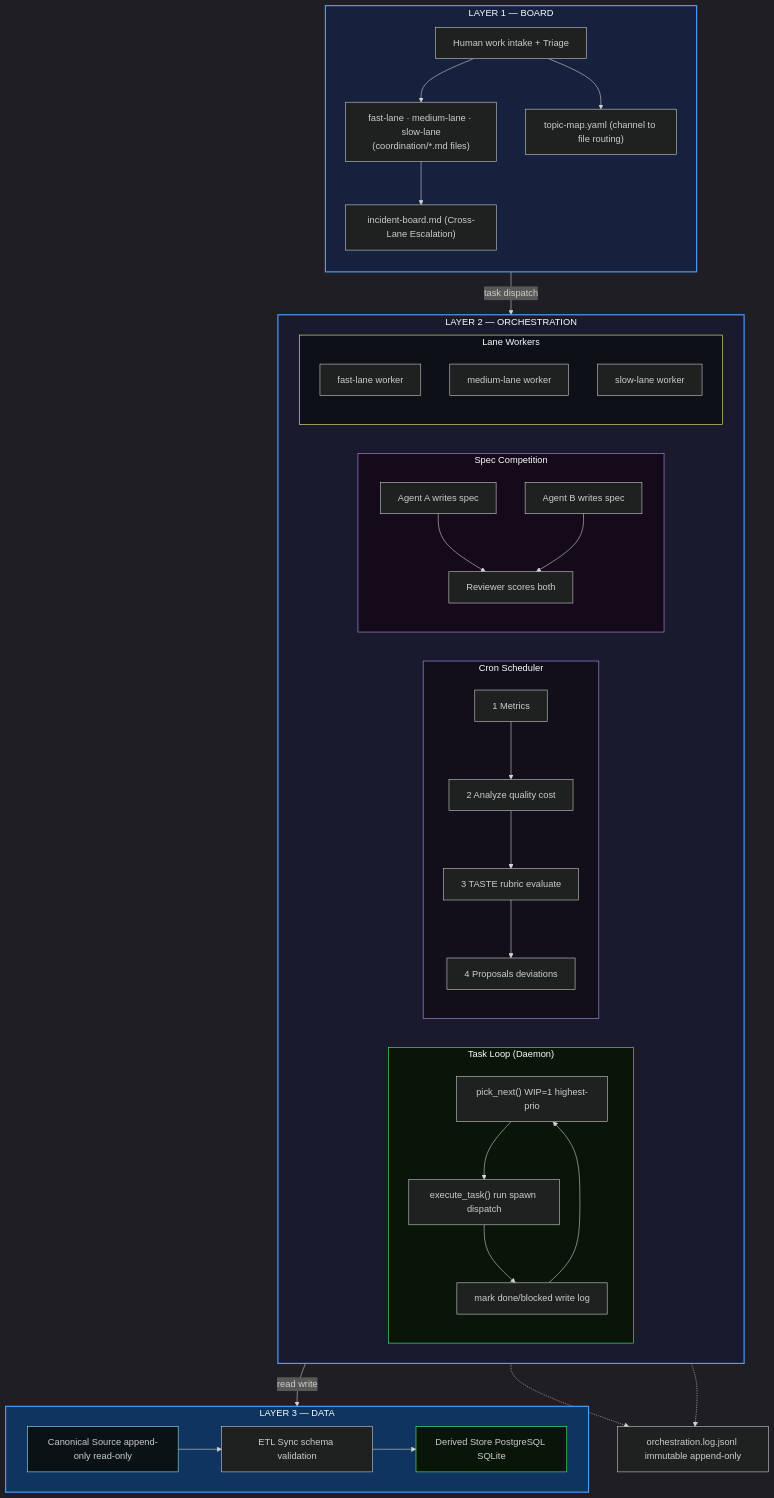
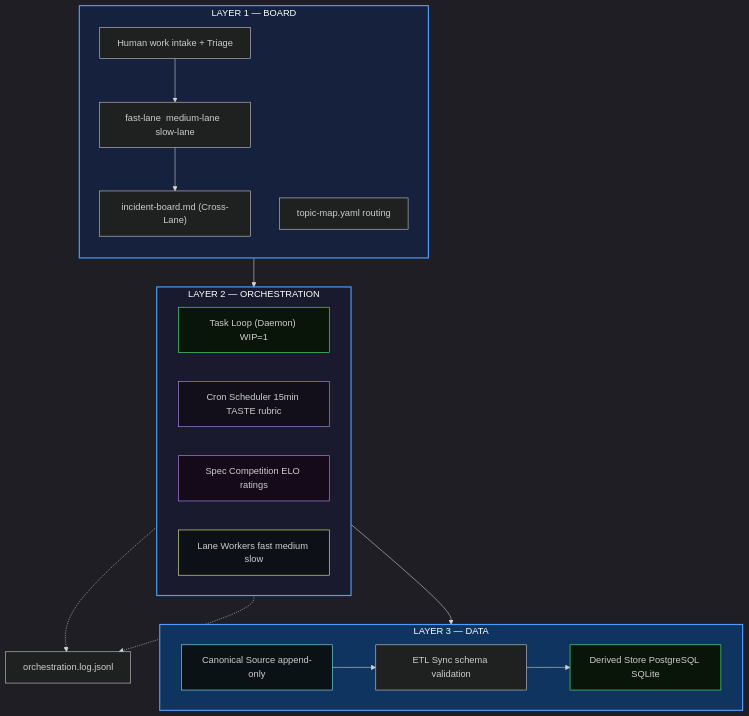
The diagram in diagrams/ARCHITECTURE.mmd (mmartoccia/ghost-orchestration-pattern), drawn with Mermaid before and after one commit. The commit also changed 5 other files, not shown here.

Commit message:
Fix Mermaid init directives - each on own line for proper parsing

````diff
--- a/diagrams/ARCHITECTURE.mmd
+++ b/diagrams/ARCHITECTURE.mmd
@@ -1,71 +1,39 @@
 ```mermaid
-%%{init: {"theme": "dark"}}%%
+%%{init: { "theme": "dark" }}%%
 flowchart TB
     subgraph BOARD["LAYER 1 — BOARD"]
         direction TB
         L1["Human work intake + Triage"]
-        LANES["fast-lane · medium-lane · slow-lane\n(coordination/*.md files)"]
-        INC["incident-board.md (Cross-Lane Escalation)"]
-        TOPICMAP["topic-map.yaml (channel to file routing)"]
+        LANES["fast-lane  medium-lane  slow-lane"]
+        INC["incident-board.md (Cross-Lane)"]
+        TOPICMAP["topic-map.yaml routing"]
         L1 --> LANES
         LANES --> INC
-        L1 --> TOPICMAP
     end
-
-    BOARD -->|"task dispatch"| ORCH
-
+    BOARD --> ORCH
     subgraph ORCH["LAYER 2 — ORCHESTRATION"]
         direction LR
-        
-        subgraph LOOP["Task Loop (Daemon)"]
-            PN["pick_next() WIP=1 highest-prio"]
-            EX["execute_task() run spawn dispatch"]
-            LOG["mark done/blocked write log"]
-            PN --> EX --> LOG --> PN
-        end
-        
-        subgraph SCHED["Cron Scheduler"]
-            M["1 Metrics"]
-            A["2 Analyze quality cost"]
-            E["3 TASTE rubric evaluate"]
-            P["4 Proposals deviations"]
-            M --> A --> E --> P
-        end
-        
-        subgraph SPEC["Spec Competition"]
-            SA["Agent A writes spec"]
-            SB["Agent B writes spec"]
-            RV["Reviewer scores both"]
-            SA --> RV
-            SB --> RV
-        end
-        
-        subgraph WORKERS["Lane Workers"]
-            WA["fast-lane worker"]
-            WM["medium-lane worker"]
-            WS["slow-lane worker"]
-        end
+        LOOP["Task Loop (Daemon) WIP=1"]
+        SCHED["Cron Scheduler 15min TASTE rubric"]
+        SPEC["Spec Competition ELO ratings"]
+        WORKERS["Lane Workers fast medium slow"]
     end
-
-    ORCH -->|"read write"| DATA
-
+    ORCH --> DATA
     subgraph DATA["LAYER 3 — DATA"]
-        PROD["Canonical Source append-only read-only"]
+        PROD["Canonical Source append-only"]
         SYNC["ETL Sync schema validation"]
         DER["Derived Store PostgreSQL SQLite"]
         PROD --> SYNC --> DER
     end
-
-    LOOP -.-> LOG2["orchestration.log.jsonl immutable append-only"]
-    SCHED -.-> LOG2
-
+    LOOP -.-> LOG["orchestration.log.jsonl"]
+    SCHED -.-> LOG
     style BOARD fill:#16213e,stroke:#4a9eff,stroke-width:2px
     style ORCH fill:#1a1a2e,stroke:#4a9eff,stroke-width:2px
     style DATA fill:#0f3460,stroke:#4a9eff,stroke-width:2px
     style LOOP fill:#0a150a,stroke:#50fa7b,stroke-width:1px
     style SCHED fill:#120f1a,stroke:#bd93f9,stroke-width:1px
     style SPEC fill:#150a1a,stroke:#bd93f9,stroke-width:1px
     style WORKERS fill:#0d1117,stroke:#f1fa8c,stroke-width:1px
     style PROD fill:#0a1215,stroke:#8be9fd,stroke-width:1px
     style DER fill:#0a150a,stroke:#50fa7b,stroke-width:1px
 ```
````
